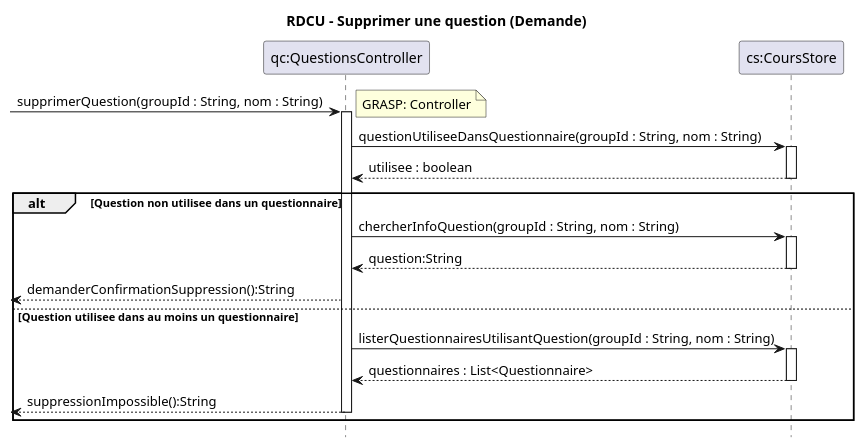
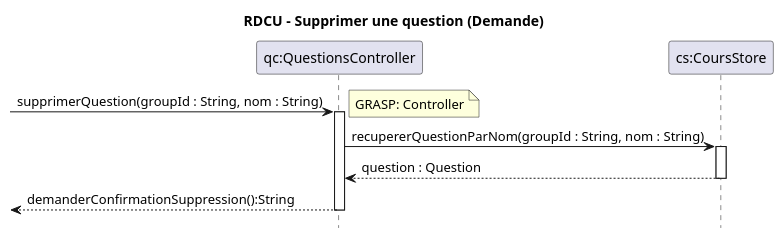
One commit to xMrYahya/moodle-clone changed the diagram in docs/modeles/cu02/rdcu-supprimer-question.puml. Above: the diagram before and after it, drawn with PlantUML. The commit also changed 12 other files, not shown here.

```diff
--- a/docs/modeles/cu02/rdcu-supprimer-question.puml
+++ b/docs/modeles/cu02/rdcu-supprimer-question.puml
@@ -1,42 +1,21 @@
 @startuml
 hide footbox
 title RDCU – Supprimer une question (Demande)
 
 participant "qc:QuestionsController" as QC
 participant "cs:CoursStore" as CS
 
 -> QC : supprimerQuestion(groupId : String, nom : String)
 note right: GRASP: Controller
 activate QC
 
-'???'
-QC -> CS : questionUtiliseeDansQuestionnaire(groupId : String, nom : String)
+QC -> CS : recupererQuestionParNom(groupId : String, nom : String)
 activate CS
-CS --> QC : utilisee : boolean
+CS --> QC : question : Question
 deactivate CS
 
-alt Question non utilisee dans un questionnaire
-'???'
-  QC -> CS : chercherInfoQuestion(groupId : String, nom : String)
-  activate CS
-  CS --> QC : question:String
-  deactivate CS
+<-- QC : demanderConfirmationSuppression():String
 
-  'QC --> UI : afficherInfoQuestionASupprimer(question):String'
-  <-- QC : demanderConfirmationSuppression():String
-
-else Question utilisee dans au moins un questionnaire
-'???'
-  QC -> CS : listerQuestionnairesUtilisantQuestion(groupId : String, nom : String)
-  activate CS
-  CS --> QC : questionnaires : List<Questionnaire>
-  deactivate CS
-
-  'QC --> UI : afficherQuestionnairesUtilisantQuestion(questionnaires):String'
-  'QC --> UI : desactiverSuppression():boolean'
-
-  <-- QC : suppressionImpossible():String
-  deactivate QC
-end
+deactivate QC
 
 @enduml
```
